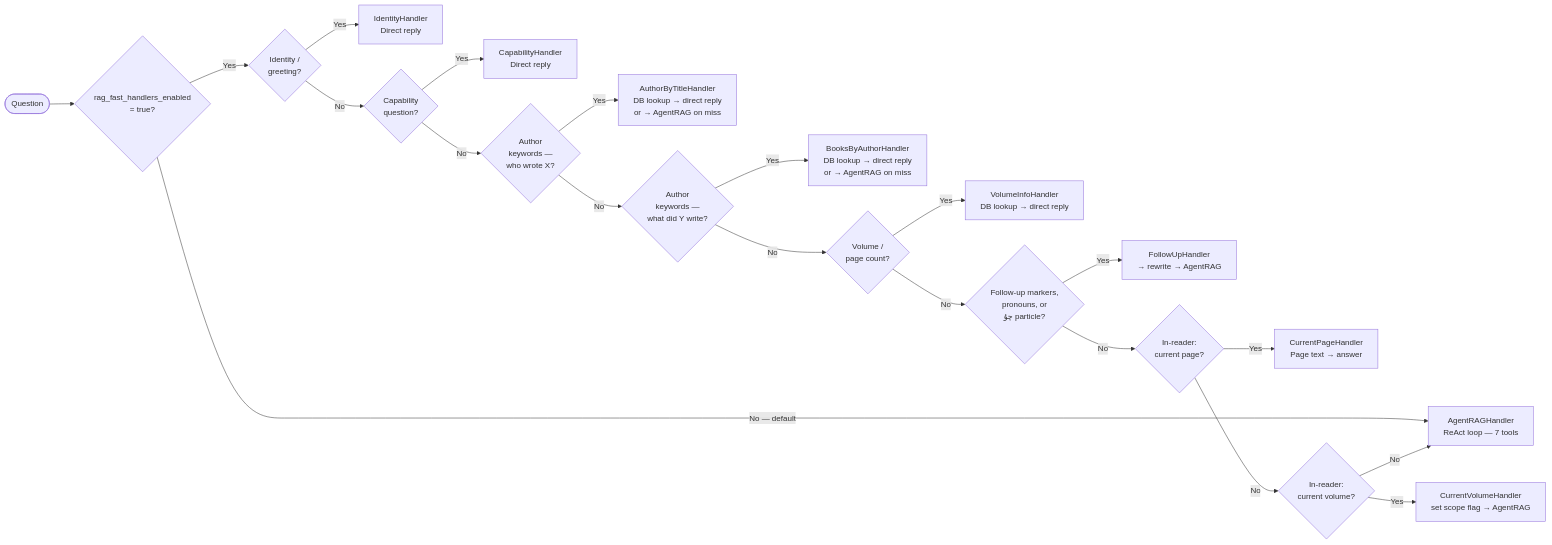
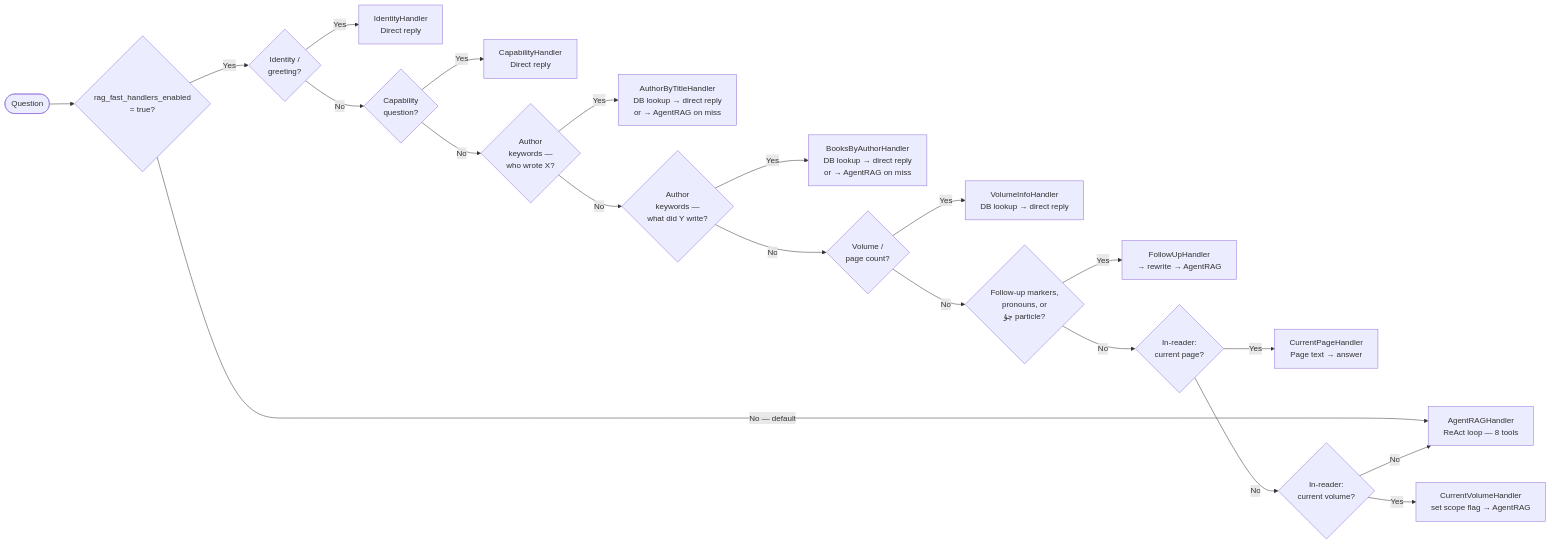
One commit to Kitabim-AI/kitabim-ai changed the second of 3 diagrams in docs/main/QUESTION_ANSWERING_DIAGRAM.md. Above: the diagram before and after it, drawn with Mermaid. The commit also changed other lines of this file and 5 other files, not shown here.

````diff
--- a/docs/main/QUESTION_ANSWERING_DIAGRAM.md
+++ b/docs/main/QUESTION_ANSWERING_DIAGRAM.md
@@ -162,25 +143,25 @@
 ```mermaid
 flowchart LR
     Q([Question]) --> FLAG
 
     FLAG{rag_fast_handlers_enabled\n= true?}
-    FLAG -->|No — default| RAGENT[AgentRAGHandler\nReAct loop — 7 tools]
+    FLAG -->|No — default| RAGENT[AgentRAGHandler\nReAct loop — 8 tools]
 
     FLAG -->|Yes| P1
     P1{Identity /\ngreeting?} -->|Yes| R1[IdentityHandler\nDirect reply]
     P1 -->|No| P2
     P2{Capability\nquestion?} -->|Yes| R2[CapabilityHandler\nDirect reply]
     P2 -->|No| P3
     P3{Author\nkeywords —\nwho wrote X?} -->|Yes| R3[AuthorByTitleHandler\nDB lookup → direct reply\nor → AgentRAG on miss]
     P3 -->|No| P4
     P4{Author\nkeywords —\nwhat did Y write?} -->|Yes| R4[BooksByAuthorHandler\nDB lookup → direct reply\nor → AgentRAG on miss]
     P4 -->|No| P5
     P5{Volume /\npage count?} -->|Yes| R5[VolumeInfoHandler\nDB lookup → direct reply]
     P5 -->|No| P6
     P6{Follow-up markers,\npronouns, or\nچۇ particle?} -->|Yes| R6[FollowUpHandler\n→ rewrite → AgentRAG]
     P6 -->|No| P7
     P7{In-reader:\ncurrent page?} -->|Yes| R7[CurrentPageHandler\nPage text → answer]
     P7 -->|No| P8
     P8{In-reader:\ncurrent volume?} -->|Yes| R8[CurrentVolumeHandler\nset scope flag → AgentRAG]
     P8 -->|No| RAGENT
 ```
````
